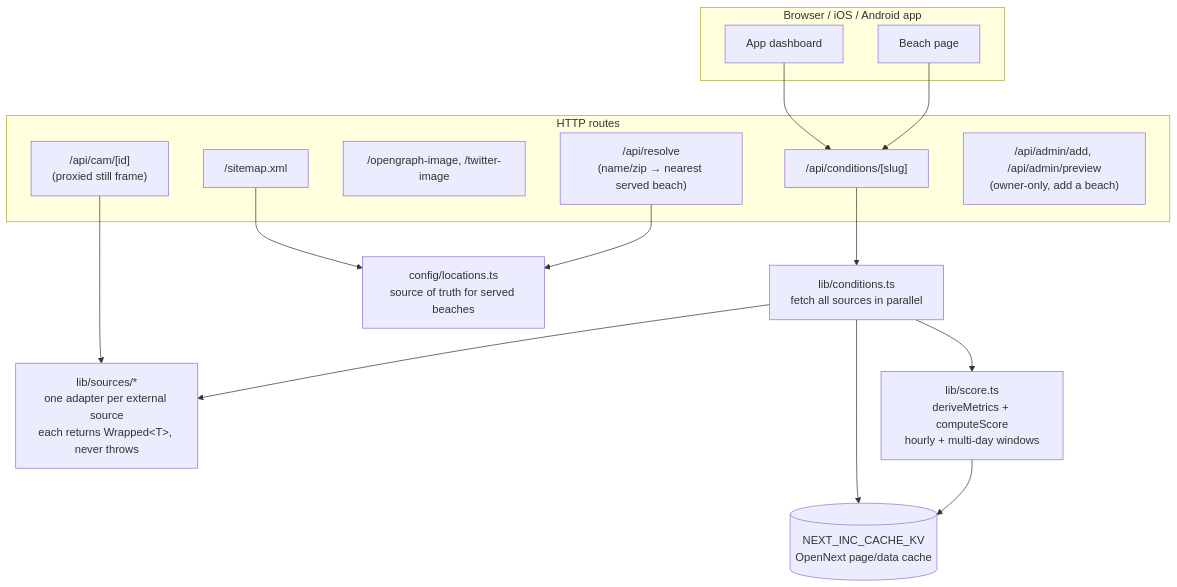
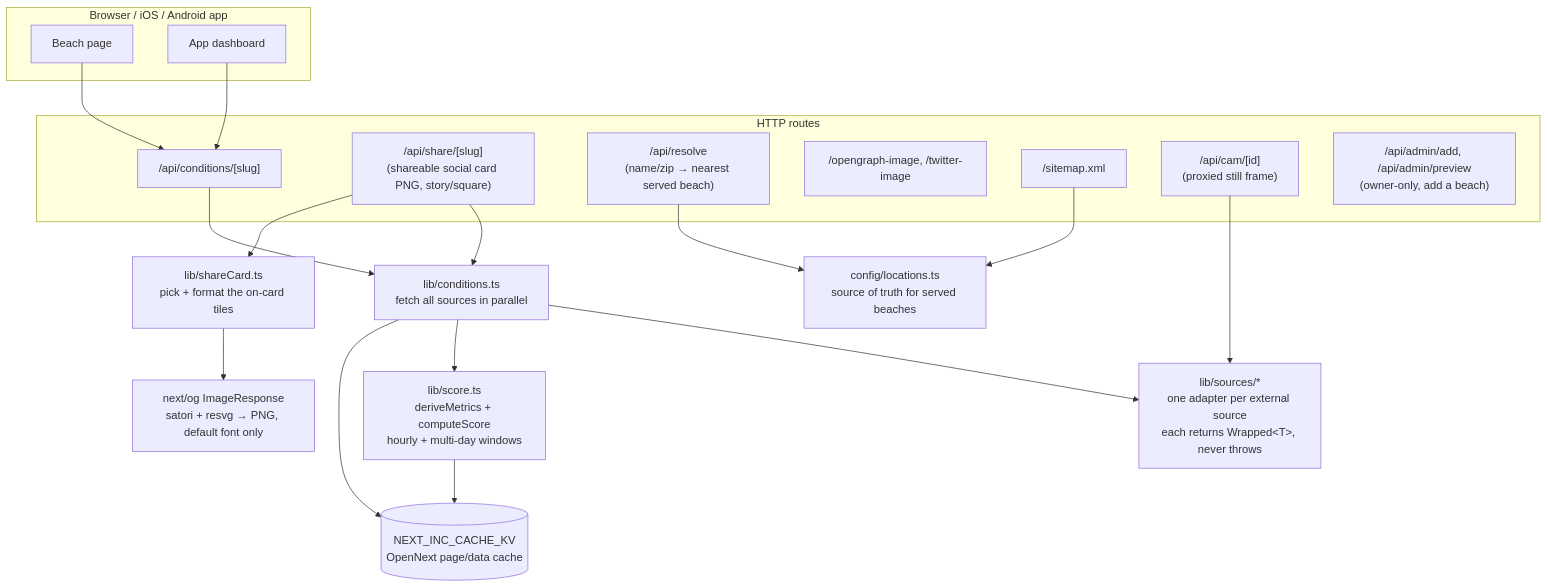
Before and after one commit to jayfrid-bot/bocabeach: the first of 3 diagrams in docs/architecture.md, drawn with Mermaid. The commit also changed 13 other files, not shown here.

First line of the commit message:
Add a shareable social card for today's beach conditions

````diff
--- a/docs/architecture.md
+++ b/docs/architecture.md
@@ -18,29 +18,33 @@
 ```mermaid
 flowchart TD
   subgraph client [Browser / iOS / Android app]
     PAGE[Beach page] 
     APPUI[App dashboard]
   end
 
   PAGE --> COND
   APPUI --> COND
 
   subgraph routes [HTTP routes]
     COND["/api/conditions/[slug]"]
+    SHARE["/api/share/[slug]<br/>(shareable social card PNG, story/square)"]
     RESOLVE["/api/resolve<br/>(name/zip → nearest served beach)"]
     OG["/opengraph-image, /twitter-image"]
     SITEMAP["/sitemap.xml"]
     CAM["/api/cam/[id]<br/>(proxied still frame)"]
     ADMIN["/api/admin/add, /api/admin/preview<br/>(owner-only, add a beach)"]
   end
 
   COND --> PIPE[lib/conditions.ts<br/>fetch all sources in parallel]
+  SHARE --> PIPE
   PIPE --> SOURCES[lib/sources/*<br/>one adapter per external source<br/>each returns Wrapped&lt;T&gt;, never throws]
   PIPE --> SCORE[lib/score.ts<br/>deriveMetrics + computeScore<br/>hourly + multi-day windows]
   SCORE --> CACHE[(NEXT_INC_CACHE_KV<br/>OpenNext page/data cache)]
   PIPE --> CACHE
   CAM --> SOURCES
+  SHARE --> CARDMODEL[lib/shareCard.ts<br/>pick + format the on-card tiles]
+  CARDMODEL --> IMG[next/og ImageResponse<br/>satori + resvg → PNG, default font only]
 
   RESOLVE --> LOC[config/locations.ts<br/>source of truth for served beaches]
   SITEMAP --> LOC
 ```
````
